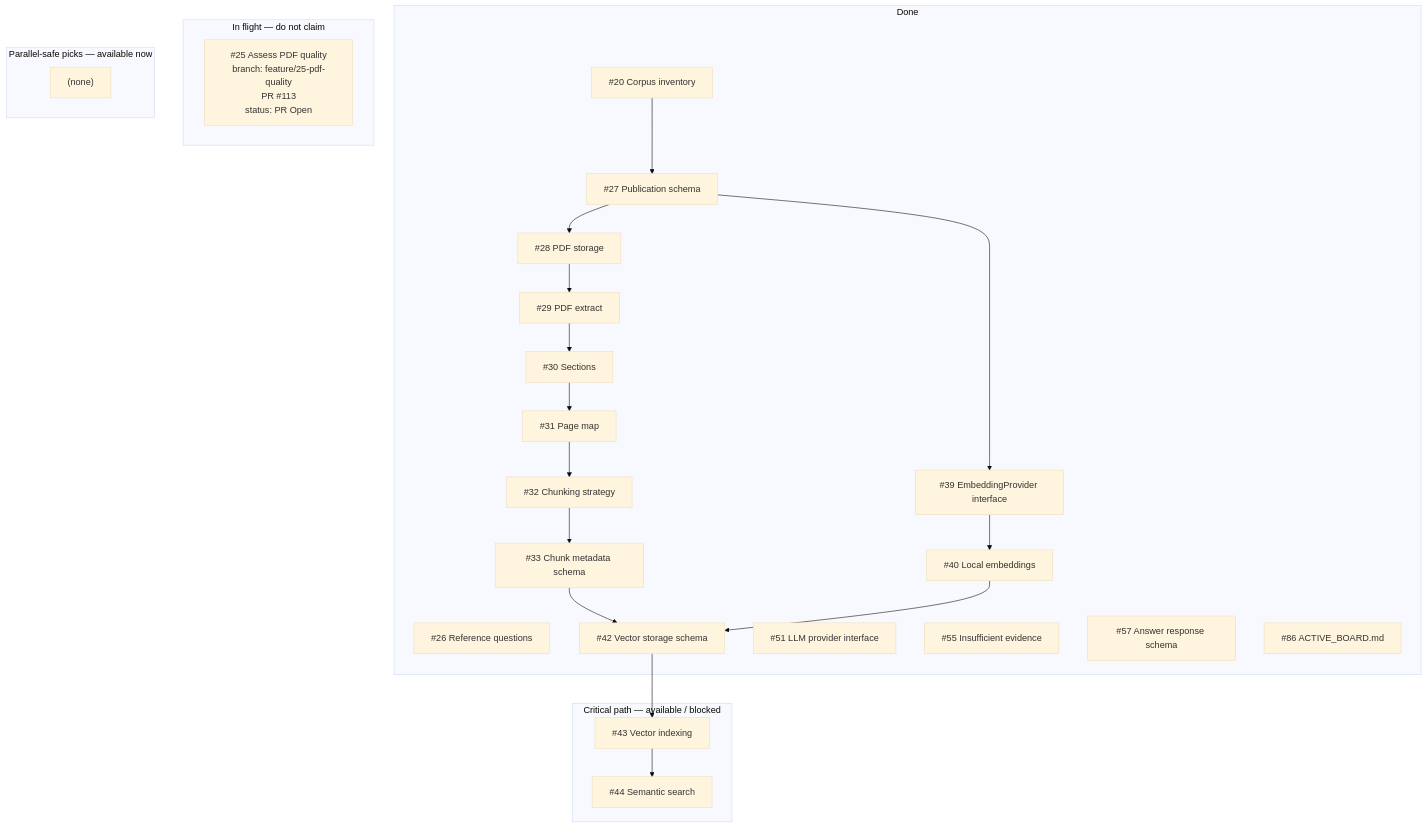
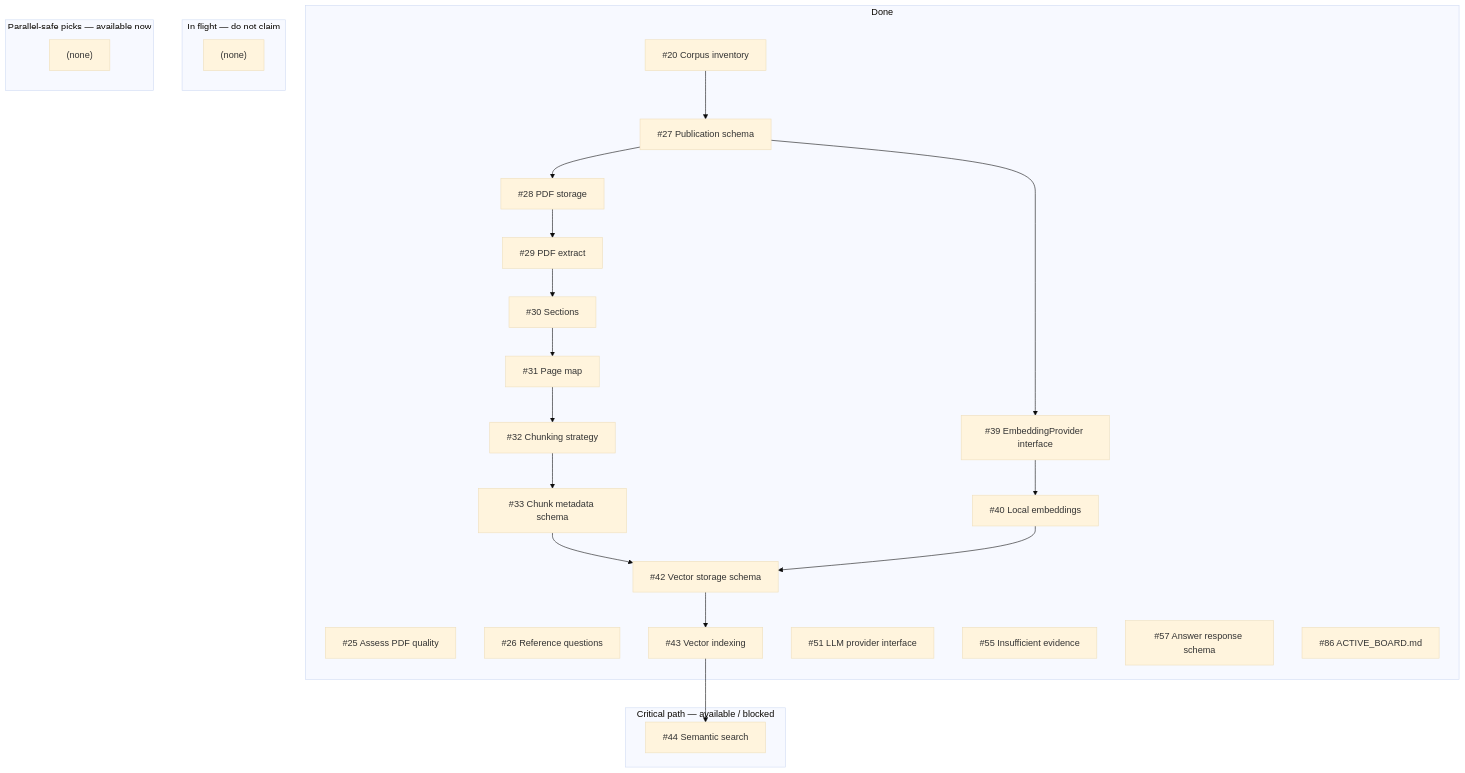
The diagram in docs/development/ACTIVE_BOARD.md (bluefate/spacebio-evidence-engine), drawn with Mermaid (base theme) before and after one commit. The commit also changed other lines of this file and 5 other files, not shown here.

````diff
--- a/docs/development/ACTIVE_BOARD.md
+++ b/docs/development/ACTIVE_BOARD.md
@@ -62,44 +62,45 @@
 ```mermaid
 flowchart TB
   subgraph done [Done]
     i20["#20 Corpus inventory"]
+    i25["#25 Assess PDF quality"]
     i26["#26 Reference questions"]
     i27["#27 Publication schema"]
     i28["#28 PDF storage"]
     i29["#29 PDF extract"]
     i30["#30 Sections"]
     i31["#31 Page map"]
     i32["#32 Chunking strategy"]
     i33["#33 Chunk metadata schema"]
     i39["#39 EmbeddingProvider interface"]
     i40["#40 Local embeddings"]
     i42["#42 Vector storage schema"]
+    i43["#43 Vector indexing"]
     i51["#51 LLM provider interface"]
     i55["#55 Insufficient evidence"]
     i57["#57 Answer response schema"]
     i86["#86 ACTIVE_BOARD.md"]
   end
   subgraph inflight [In flight — do not claim]
-    i25["#25 Assess PDF quality<br/>branch: feature/25-pdf-quality<br/>PR #113<br/>status: PR Open"]
+    inflight_empty["(none)"]
   end
   subgraph nextCritical [Critical path — available / blocked]
-    i43["#43 Vector indexing"]
     i44["#44 Semantic search"]
   end
   subgraph nextParallel [Parallel-safe picks — available now]
     nextParallel_empty["(none)"]
   end
   i20 --> i27
   i27 --> i28
   i28 --> i29
   i29 --> i30
   i30 --> i31
   i31 --> i32
   i32 --> i33
   i33 --> i42
   i27 --> i39
   i39 --> i40
   i40 --> i42
   i42 --> i43
   i43 --> i44
 ```
````
